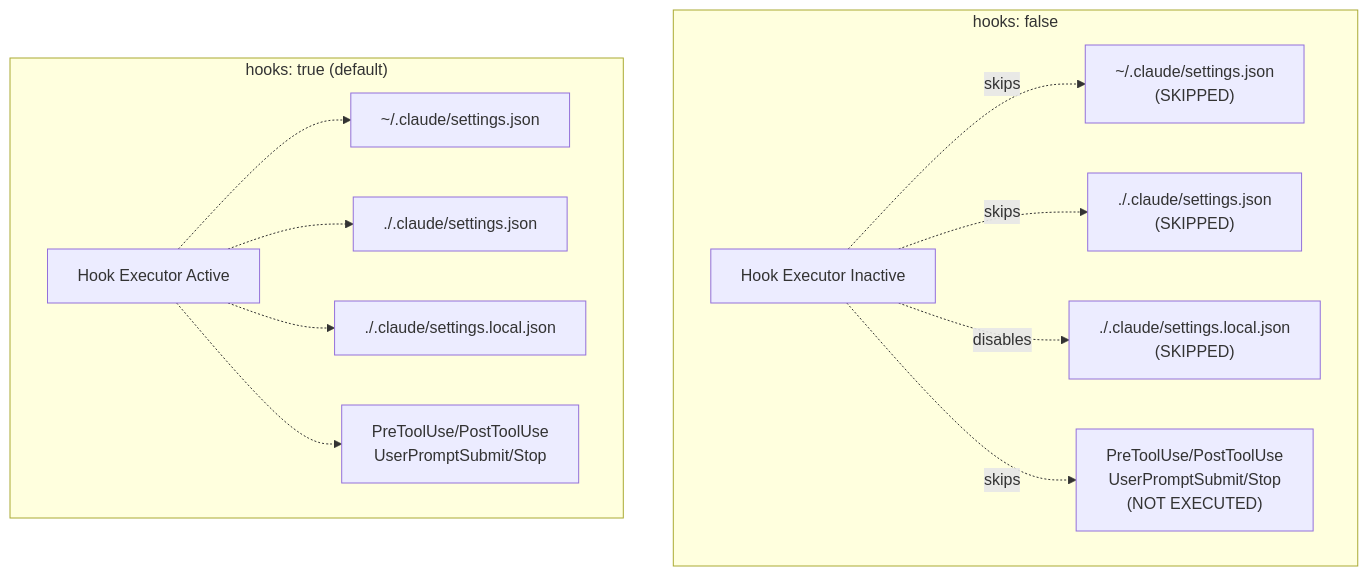
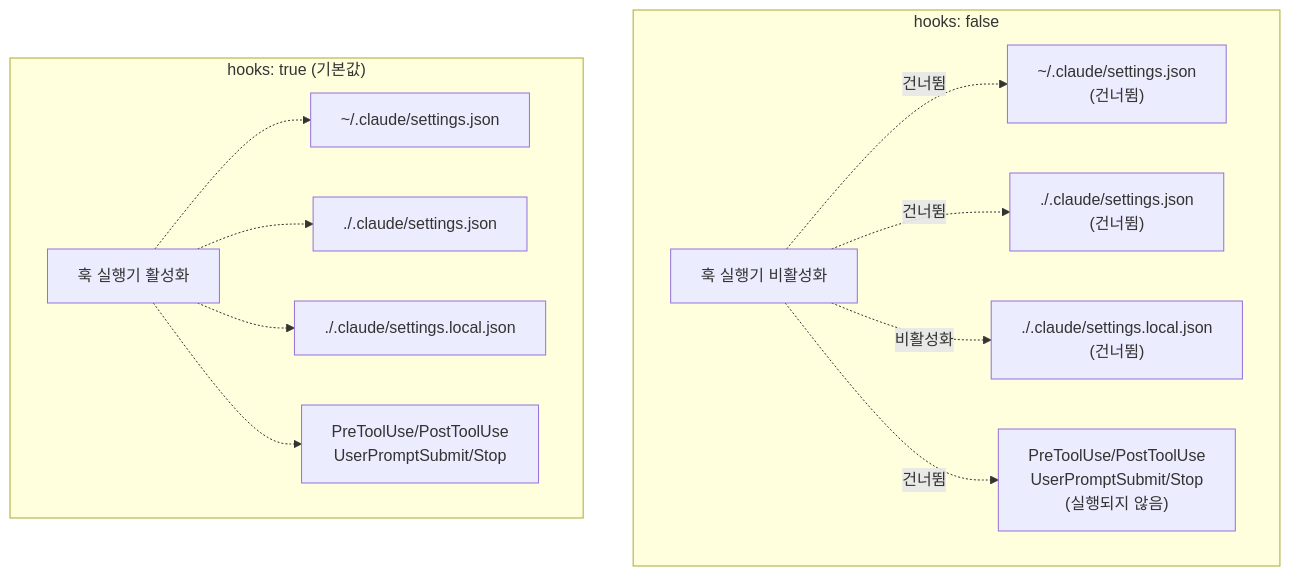
The fifth of 6 diagrams in docs/compatibility/compatibility-toggles.md (felipetruman/oh-my-opencode-docs), drawn with Mermaid before and after one commit. The commit also changed other lines of this file and 76 other files, not shown here.

````diff
--- a/docs/compatibility/compatibility-toggles.md
+++ b/docs/compatibility/compatibility-toggles.md
@@ -269,38 +269,38 @@
 ```mermaid
 flowchart TD
 
-HookDisabled["Hook Executor Inactive"]
-UserHooks2["~/.claude/settings.json<br>(SKIPPED)"]
-ProjHooks2["./.claude/settings.json<br>(SKIPPED)"]
-LocalHooks2["./.claude/settings.local.json<br>(SKIPPED)"]
-Events2["PreToolUse/PostToolUse<br>UserPromptSubmit/Stop<br>(NOT EXECUTED)"]
-HookEnabled["Hook Executor Active"]
+HookDisabled["훅 실행기 비활성화"]
+UserHooks2["~/.claude/settings.json<br>(건너뜀)"]
+ProjHooks2["./.claude/settings.json<br>(건너뜀)"]
+LocalHooks2["./.claude/settings.local.json<br>(건너뜀)"]
+Events2["PreToolUse/PostToolUse<br>UserPromptSubmit/Stop<br>(실행되지 않음)"]
+HookEnabled["훅 실행기 활성화"]
 UserHooks["~/.claude/settings.json"]
 ProjHooks["./.claude/settings.json"]
 LocalHooks["./.claude/settings.local.json"]
 Events["PreToolUse/PostToolUse<br>UserPromptSubmit/Stop"]
 
 subgraph subGraph1 ["hooks: false"]
     HookDisabled
     UserHooks2
     ProjHooks2
     LocalHooks2
     Events2
-    HookDisabled -.->|"skips"| UserHooks2
-    HookDisabled -.->|"skips"| ProjHooks2
-    HookDisabled -.->|"disables"| LocalHooks2
-    HookDisabled -.->|"skips"| Events2
+    HookDisabled -.->|"건너뜀"| UserHooks2
+    HookDisabled -.->|"건너뜀"| ProjHooks2
+    HookDisabled -.->|"비활성화"| LocalHooks2
+    HookDisabled -.->|"건너뜀"| Events2
 end
 
-subgraph subGraph0 ["hooks: true (default)"]
+subgraph subGraph0 ["hooks: true (기본값)"]
     HookEnabled
     UserHooks
     ProjHooks
     LocalHooks
     Events
     HookEnabled -.-> UserHooks
     HookEnabled -.-> ProjHooks
     HookEnabled -.-> LocalHooks
     HookEnabled -.-> Events
 end
 ```
````
